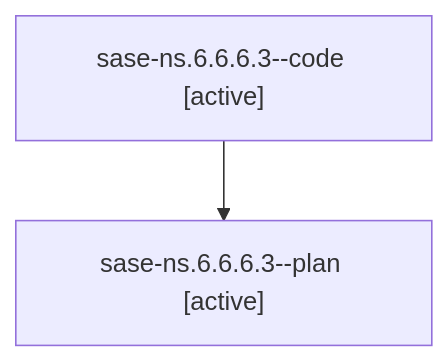
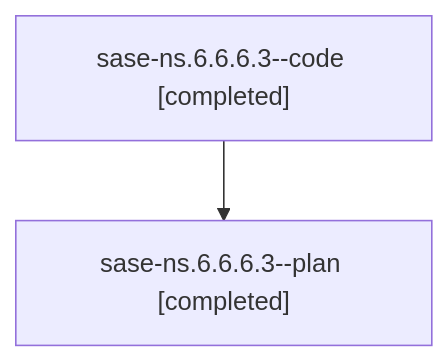
The diagram in families/bbugyi200.athena.sase-ns.6.6.6.3.md (sase-org/sase--agents), drawn with Mermaid before and after one commit. The commit also changed other lines of this file and 201 other files, not shown here.

````diff
--- a/families/bbugyi200.athena.sase-ns.6.6.6.3.md
+++ b/families/bbugyi200.athena.sase-ns.6.6.6.3.md
@@ -9,6 +9,6 @@
 ```mermaid
 flowchart TD
-  n0["sase-ns.6.6.6.3--code [active]"]
-  n1["sase-ns.6.6.6.3--plan [active]"]
+  n0["sase-ns.6.6.6.3--code [completed]"]
+  n1["sase-ns.6.6.6.3--plan [completed]"]
   n0 --> n1
 ```
````
